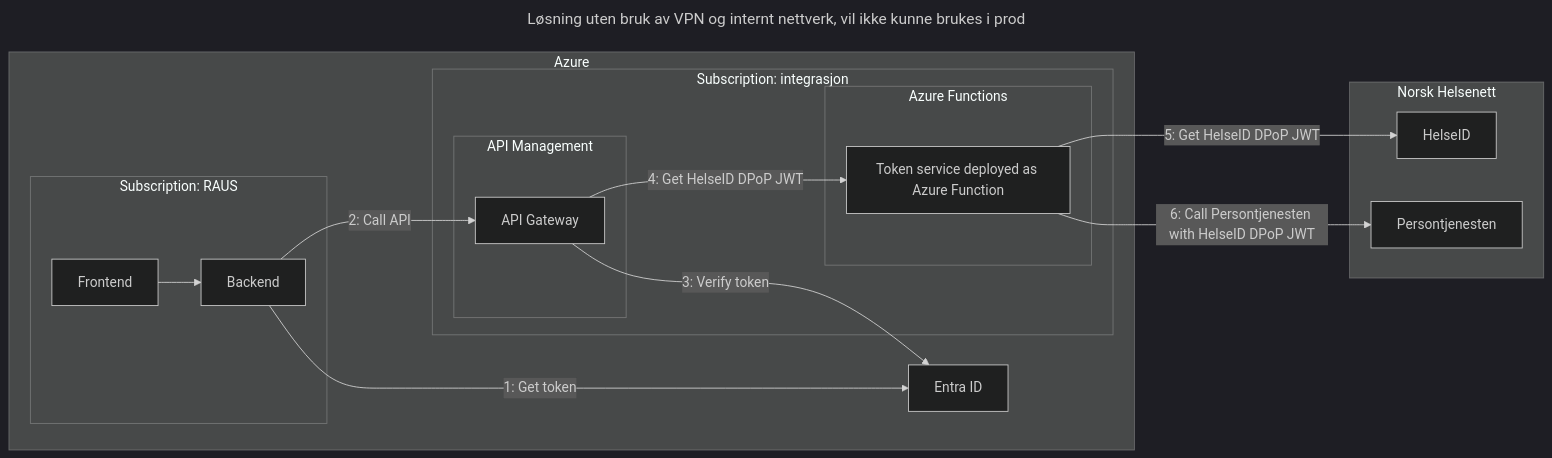
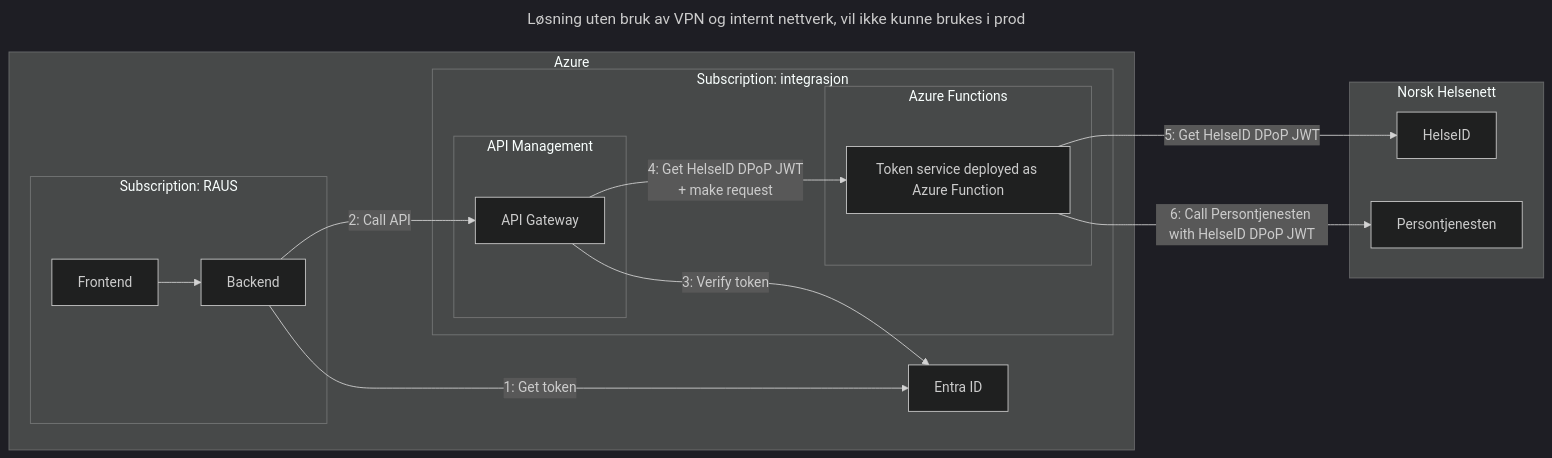
One commit to AudunNT/LolStats changed the diagram in README.md. Above: the diagram before and after it, drawn with Mermaid.

````diff
--- a/README.md
+++ b/README.md
@@ -3,39 +3,39 @@
 ```mermaid
 ---
 title: Løsning uten bruk av VPN og internt nettverk, vil ikke kunne brukes i prod
 config:
     theme: dark
 ---
 flowchart LR
     backend -->|1: Get token| entraid
     backend -->|2: Call API| apigateway
     apigateway -->|3: Verify token| entraid
-    apigateway -->|4: Get HelseID DPoP JWT | tokenservice
+    apigateway -->|4: Get HelseID DPoP JWT \n + make request | tokenservice
     tokenservice -->|5: Get HelseID DPoP JWT| helseId
     tokenservice -->|6: Call Persontjenesten with HelseID DPoP JWT| persontjenesten
     
     subgraph azure[Azure]
         entraid[Entra ID]
         subgraph integrasjon[Subscription: integrasjon]
             subgraph apimanagement[API Management]
                 apigateway[API Gateway]
             end
 
             subgraph functions[Azure Functions]
                 tokenservice[Token service deployed as Azure Function]
             end
         end
 
         subgraph raus[Subscription: RAUS]
             frontend[Frontend]
             backend[Backend]
             frontend --> backend
         end
 
     end
 
     subgraph nhn[Norsk Helsenett]
         persontjenesten[Persontjenesten]
         helseId[HelseID]
     end
 ```
````
